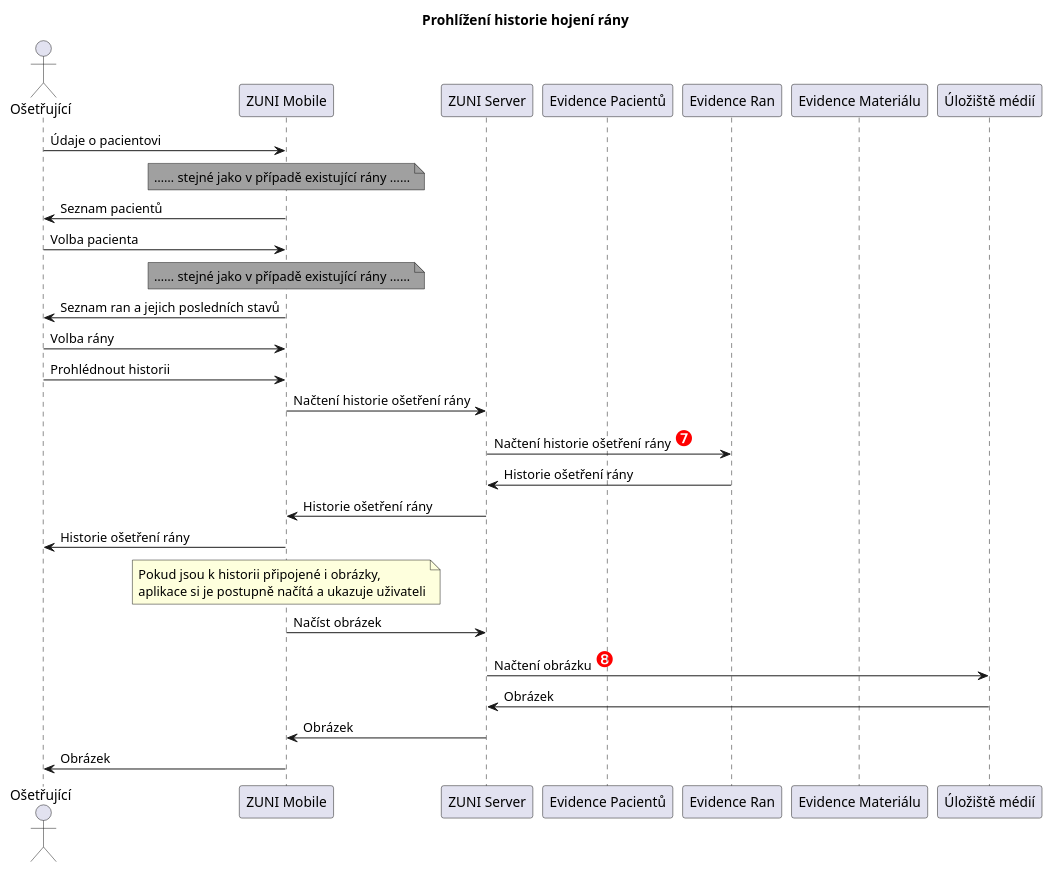
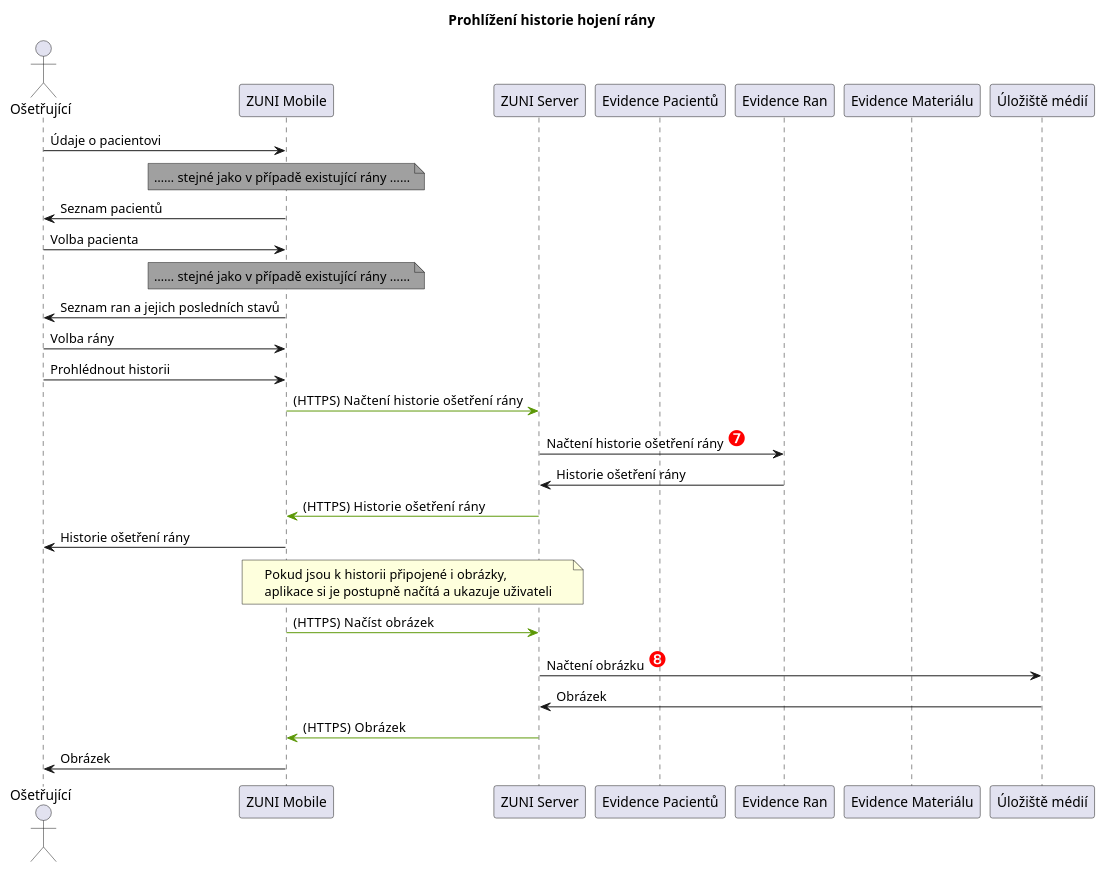
One commit to bindworks/bw-zuni-docs changed the diagram in integration/integration-sequence-wound-history.plantuml. Above: the diagram before and after it, drawn with PlantUML.

Commit message:
Update integration sequence diagram with HTTPS annotations

```diff
--- a/integration/integration-sequence-wound-history.plantuml
+++ b/integration/integration-sequence-wound-history.plantuml
@@ -1,44 +1,44 @@
 @startuml
 
 title "Prohlížení historie hojení rány"
 
 actor SES as "Ošetřující"
 participant MOB as "ZUNI Mobile"
 participant SER as "ZUNI Server"
 participant PAC as "Evidence Pacientů"
 participant RAN as "Evidence Ran"
 participant MAT as "Evidence Materiálu"
 participant MED as "Úložiště médií"
 
 SES -> MOB: Údaje o pacientovi
 note over MOB #a0a0a0
 …… stejné jako v případě existující rány ……
 end note
 SES <- MOB: Seznam pacientů
 
 SES -> MOB: Volba pacienta
 note over MOB #a0a0a0
 …… stejné jako v případě existující rány ……
 end note
 SES <- MOB: Seznam ran a jejich posledních stavů
 
 SES -> MOB: Volba rány
 SES -> MOB: Prohlédnout historii
-MOB -> SER: Načtení historie ošetření rány
+MOB -[#5c9807]> SER: (HTTPS)  Načtení historie ošetření rány
 SER -> RAN: Načtení historie ošetření rány <font color="red"><size:22>❼
 SER <- RAN: Historie ošetření rány
-MOB <- SER: Historie ošetření rány
+MOB <[#5c9807]- SER: (HTTPS)  Historie ošetření rány
 SES <- MOB: Historie ošetření rány
 
-note over MOB
+note over MOB, SER
 Pokud jsou k historii připojené i obrázky,
 aplikace si je postupně načítá a ukazuje uživateli
 end note
 
-MOB -> SER: Načíst obrázek
+MOB -[#5c9807]> SER: (HTTPS)  Načíst obrázek
 SER -> MED: Načtení obrázku <font color="red"><size:22>❽
 SER <- MED: Obrázek
-MOB <- SER: Obrázek
+MOB <[#5c9807]- SER: (HTTPS)  Obrázek
 SES <- MOB: Obrázek
 
 @enduml
```
